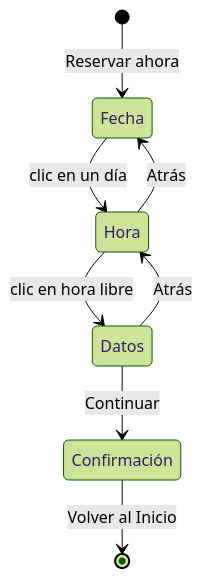
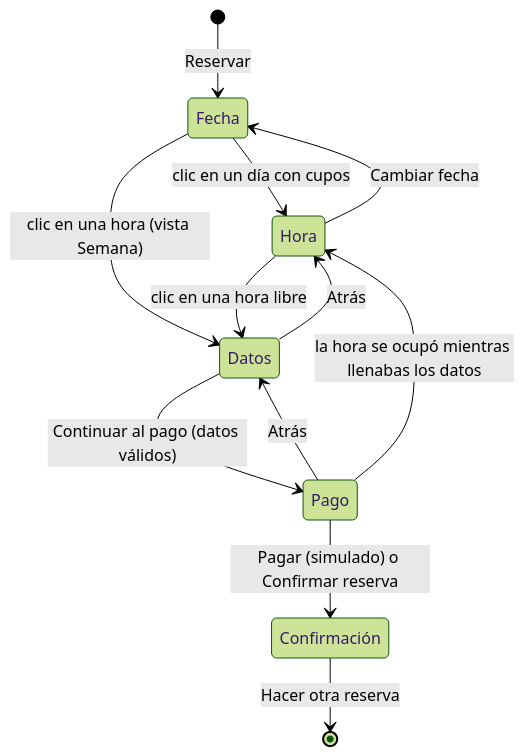
Before and after one commit to ronalc90/koptup: the second of 4 diagrams in docs/wiki/Guia-Demo-sistema-reservas.md, drawn with Mermaid (forest theme). The commit also changed other lines of this file and 32 other files, not shown here.

````diff
--- a/docs/wiki/Guia-Demo-sistema-reservas.md
+++ b/docs/wiki/Guia-Demo-sistema-reservas.md
@@ -143,14 +171,19 @@
 ```mermaid
 stateDiagram-v2
     state "Fecha" as F
     state "Hora" as H
     state "Datos" as D
+    state "Pago" as P
     state "Confirmación" as C
-    [*] --> F: Reservar ahora
-    F --> H: clic en un día
-    H --> F: Atrás
-    H --> D: clic en hora libre
+    [*] --> F: Reservar
+    F --> H: clic en un día con cupos
+    F --> D: clic en una hora (vista Semana)
+    H --> F: Cambiar fecha
+    H --> D: clic en una hora libre
     D --> H: Atrás
-    D --> C: Continuar
-    C --> [*]: Volver al Inicio
+    D --> P: Continuar al pago (datos válidos)
+    P --> D: Atrás
+    P --> C: Pagar (simulado) o Confirmar reserva
+    P --> H: la hora se ocupó mientras llenabas los datos
+    C --> [*]: Hacer otra reserva
 ```
````
